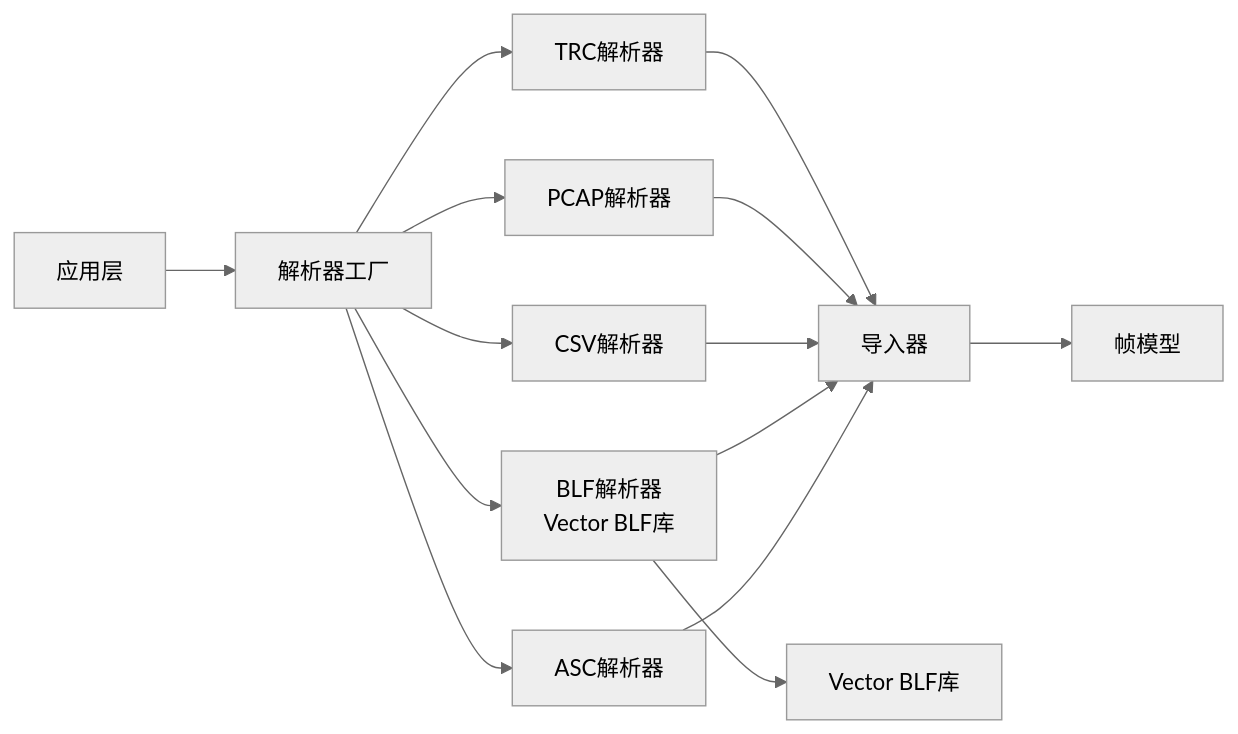
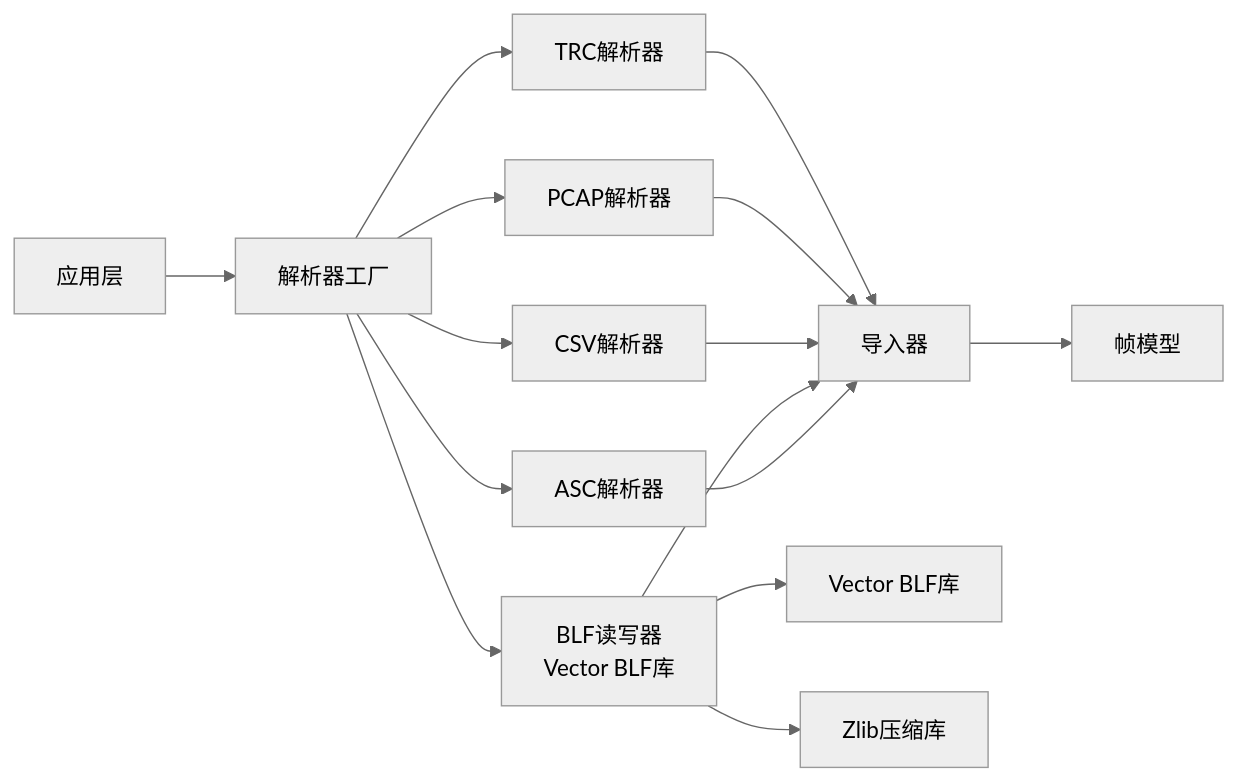
One commit to jakecai1225-design/OpenBus changed diagram 11 of 11 in .qoder/repowiki/zh/content/核心模块详解/CAN文件IO系统.md. Above: the diagram before and after it, drawn with Mermaid (neutral theme). The commit also changed other lines of this file and 38 other files, not shown here.

````diff
--- a/.qoder/repowiki/zh/content/核心模块详解/CAN文件IO系统.md
+++ b/.qoder/repowiki/zh/content/核心模块详解/CAN文件IO系统.md
@@ -486,16 +515,17 @@
 ```mermaid
 graph LR
 App["应用层"] --> Factory["解析器工厂"]
 Factory --> Asc["ASC解析器"]
-Factory --> Blf["BLF解析器<br/>Vector BLF库"]
+Factory --> Blf["BLF读写器<br/>Vector BLF库"]
 Factory --> Csv["CSV解析器"]
 Factory --> Pcap["PCAP解析器"]
 Factory --> Trc["TRC解析器"]
 Asc --> Importer["导入器"]
 Blf --> Importer
 Csv --> Importer
 Pcap --> Importer
 Trc --> Importer
 Importer --> Model["帧模型"]
 Blf --> VectorBLF["Vector BLF库"]
+Blf --> Zlib["Zlib压缩库"]
 ```
````
